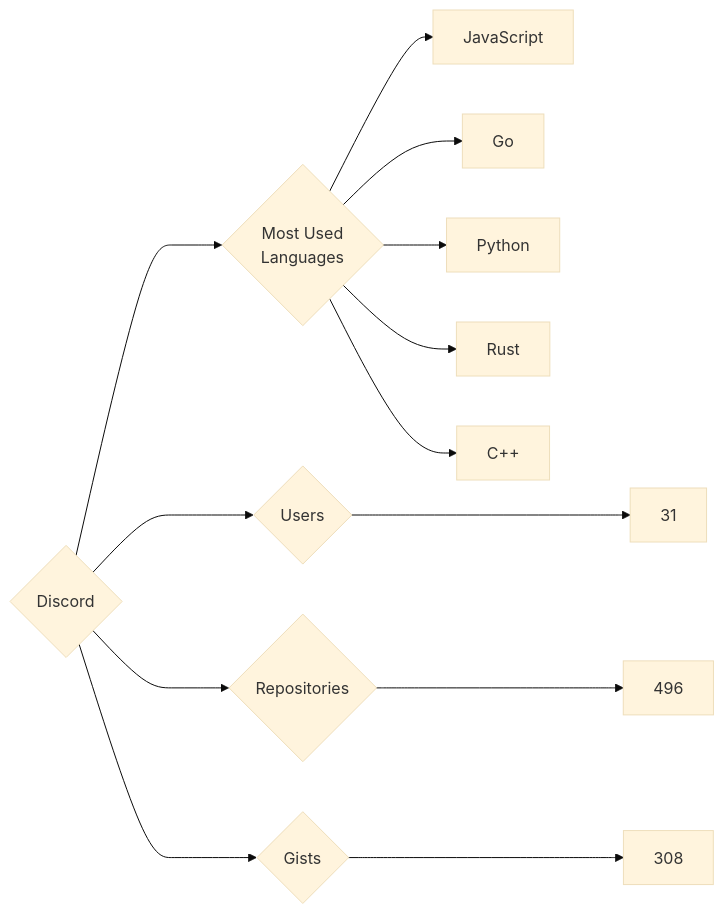
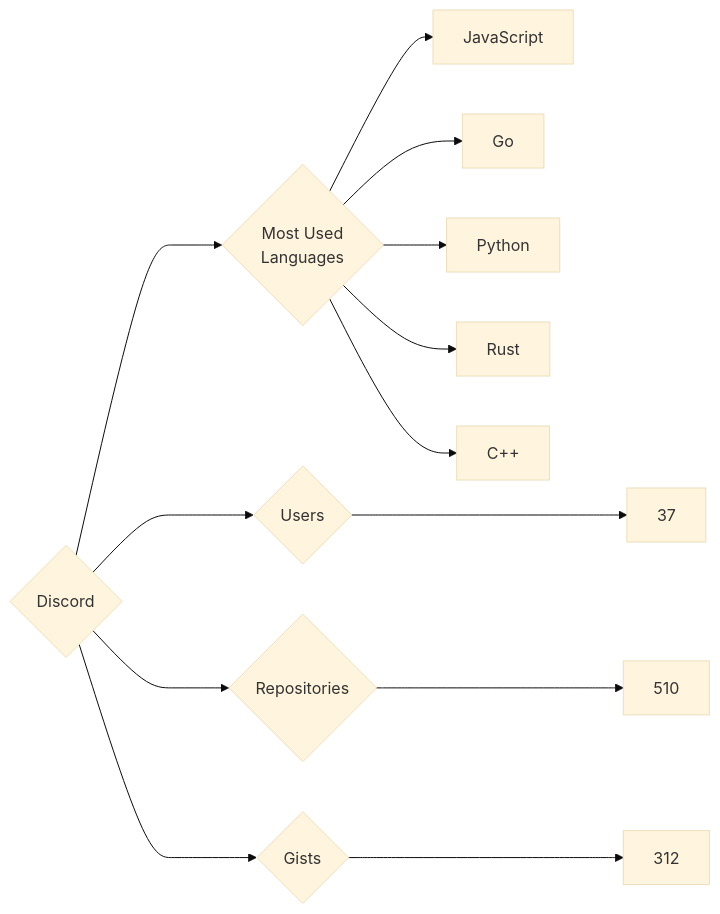
The diagram in targets/Discord/README.md (trickest/insiders), drawn with Mermaid (base theme) before and after one commit. The commit also changed 912 other files, not shown here.

````diff
--- a/targets/Discord/README.md
+++ b/targets/Discord/README.md
@@ -3,13 +3,13 @@
 ```mermaid
 graph LR
 COMPANY_NAME{Discord}
-COMPANY_NAME ---> U{Users} ---> UN[31]
-COMPANY_NAME ---> R{Repositories} ---> RN[496]
-COMPANY_NAME ---> G{Gists} ---> GN[308]
+COMPANY_NAME ---> U{Users} ---> UN[37]
+COMPANY_NAME ---> R{Repositories} ---> RN[510]
+COMPANY_NAME ---> G{Gists} ---> GN[312]
 COMPANY_NAME ---> ML{Most Used<br>Languages}
 ML --> JavaScript[JavaScript]
 ML --> Go[Go]
 ML --> Python[Python]
 ML --> Rust[Rust]
 ML --> C++[C++]
 ```
````
